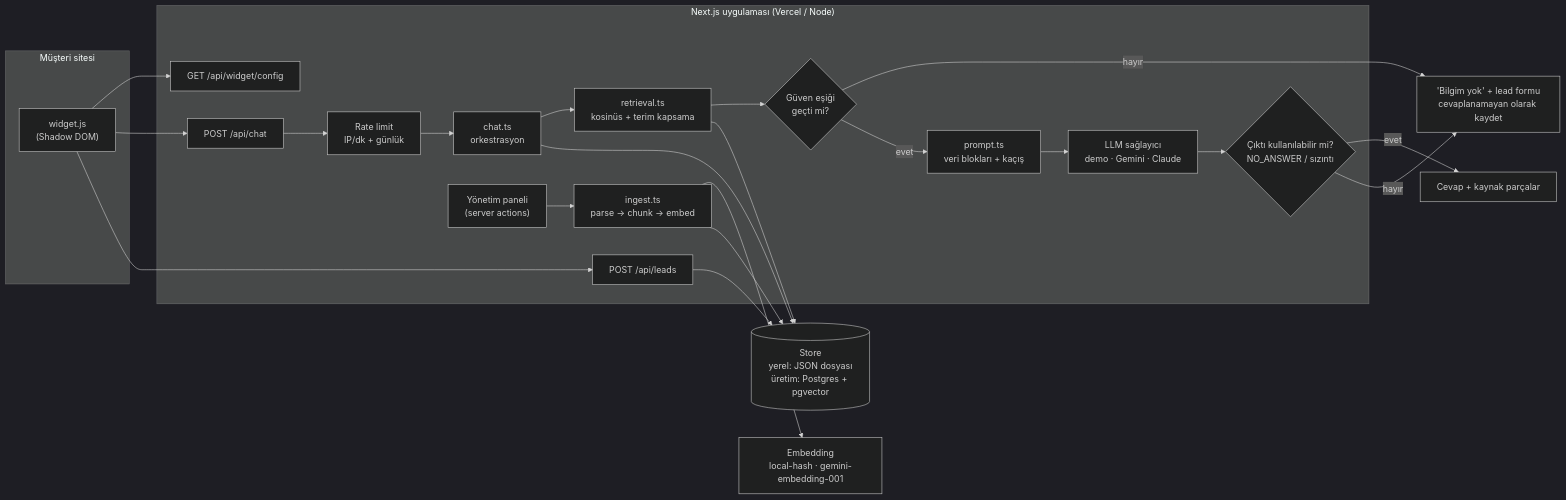
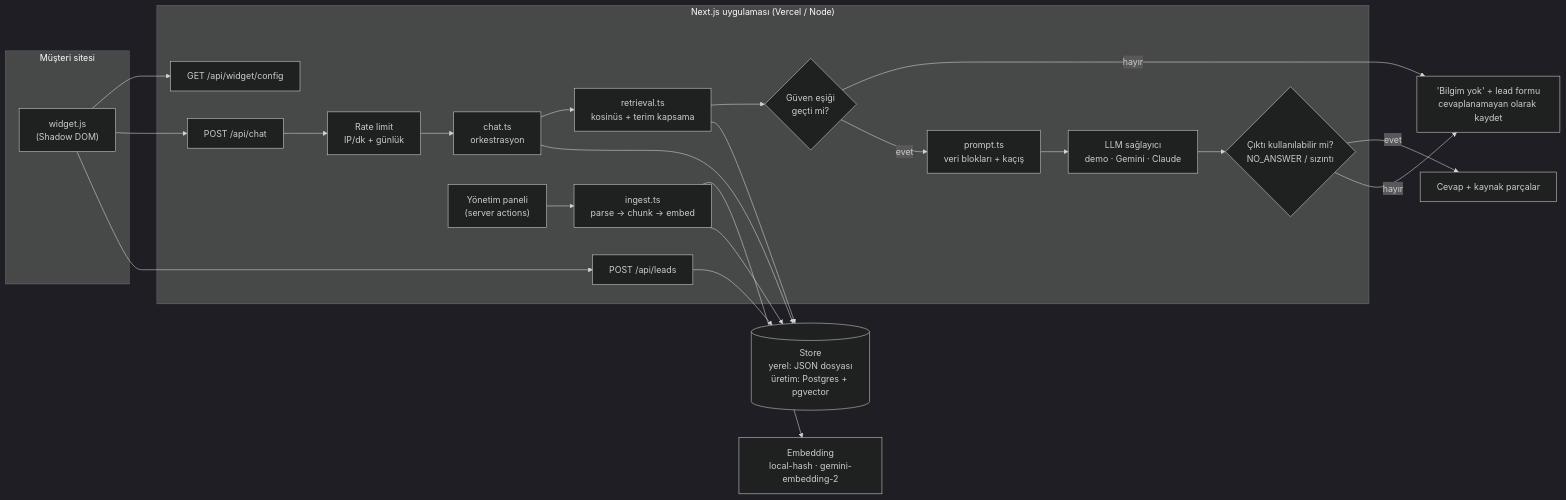
One commit to alkanefe22/ai-support-assistant changed the diagram in README.md. Above: the diagram before and after it, drawn with Mermaid (dark theme). The commit also changed other lines of this file and 12 other files, not shown here.

Commit message:
feat: live Gemini setup — verified models, calibrated gemini-embedding-2 threshold, calibrate/live-check scripts, clearer message on provider errors

````diff
--- a/README.md
+++ b/README.md
@@ -44,36 +44,36 @@
 ```mermaid
 flowchart LR
   subgraph Host["Müşteri sitesi"]
     W["widget.js<br/>(Shadow DOM)"]
   end
 
   subgraph App["Next.js uygulaması (Vercel / Node)"]
     CFG["GET /api/widget/config"]
     CHAT["POST /api/chat"]
     LEAD["POST /api/leads"]
     RL["Rate limit<br/>IP/dk + günlük"]
     ORCH["chat.ts<br/>orkestrasyon"]
     RET["retrieval.ts<br/>kosinüs + terim kapsama"]
     GATE{"Güven eşiği<br/>geçti mi?"}
     PROMPT["prompt.ts<br/>veri blokları + kaçış"]
     LLM["LLM sağlayıcı<br/>demo · Gemini · Claude"]
     GUARD{"Çıktı kullanılabilir mi?<br/>NO_ANSWER / sızıntı"}
     ADMIN["Yönetim paneli<br/>(server actions)"]
     ING["ingest.ts<br/>parse → chunk → embed"]
   end
 
   DB[("Store<br/>yerel: JSON dosyası<br/>üretim: Postgres + pgvector")]
-  EMB["Embedding<br/>local-hash · gemini-embedding-001"]
+  EMB["Embedding<br/>local-hash · gemini-embedding-2"]
 
   W --> CFG
   W --> CHAT --> RL --> ORCH --> RET --> GATE
   GATE -- hayır --> HO["'Bilgim yok' + lead formu<br/>cevaplanamayan olarak kaydet"]
   GATE -- evet --> PROMPT --> LLM --> GUARD
   GUARD -- evet --> ANS["Cevap + kaynak parçalar"]
   GUARD -- hayır --> HO
   W --> LEAD --> DB
   ADMIN --> ING --> EMB
   ING --> DB
   RET --> DB
   ORCH --> DB
 ```
````
